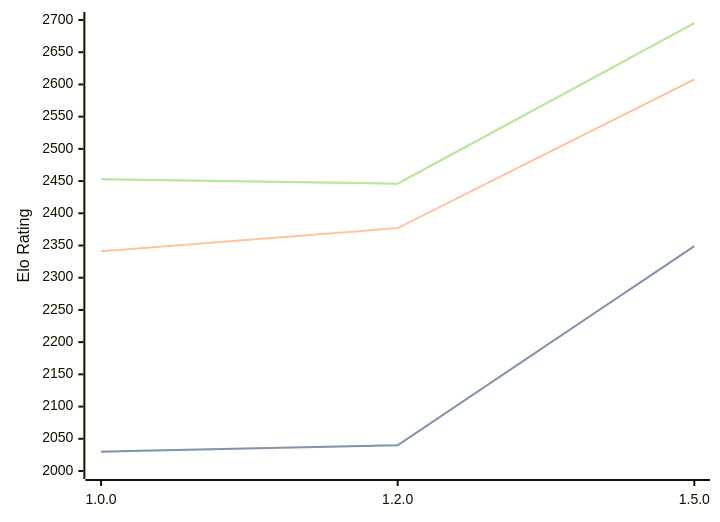
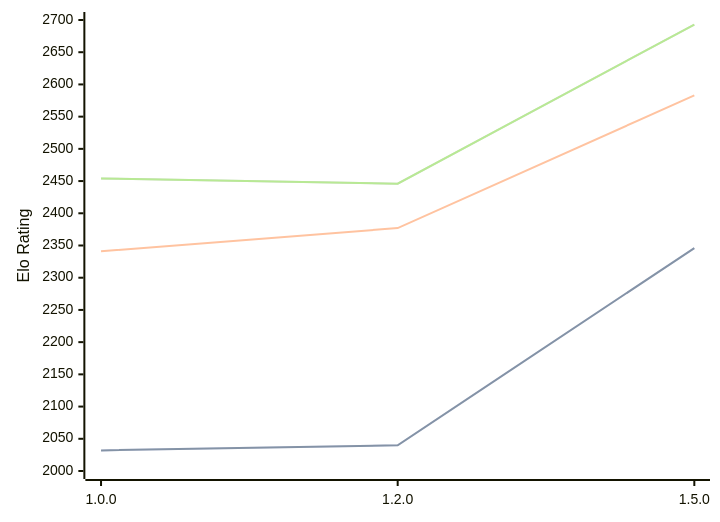
One commit to computer-chess-index/cci changed the first of 3 diagrams in engines/Basilisk.md. Above: the diagram before and after it, drawn with Mermaid. The commit also changed other lines of this file, not shown here.

Commit message:
Update CCI Ratings (ELO VLTC) - 2026-06-16

````diff
--- a/engines/Basilisk.md
+++ b/engines/Basilisk.md
@@ -48,11 +48,11 @@
 ```mermaid
 %%{init: {"theme":"base","themeVariables":{"seriesColors:['#a3a3a3','#222221','#faa371']}}}%%
 xychart-beta
   x-axis ["1.0.0", "1.2.0", "1.5.0"]
   y-axis "Elo Rating" 2000 --> 2700
-  line "STC (8.0+0.08s)" [2030, 2040, 2349]
-  line "STC (8.0+0.08s)" [2030, 2040, 2349]
-  line "LTC (60.0+0.60s)" [2341, 2377, 2608]
-  line "VLTC (2m24s+1.12s)" [2453, 2446, 2695]
-  line "VLTC (2m24s+1.12s)" [2453, 2446, 2695]
+  line "STC (8.0+0.08s)" [2032, 2040, 2346]
+  line "STC (8.0+0.08s)" [2032, 2040, 2346]
+  line "LTC (60.0+0.60s)" [2341, 2377, 2583]
+  line "VLTC (2m24s+1.12s)" [2454, 2446, 2693]
+  line "VLTC (2m24s+1.12s)" [2454, 2446, 2693]
 ```
````
